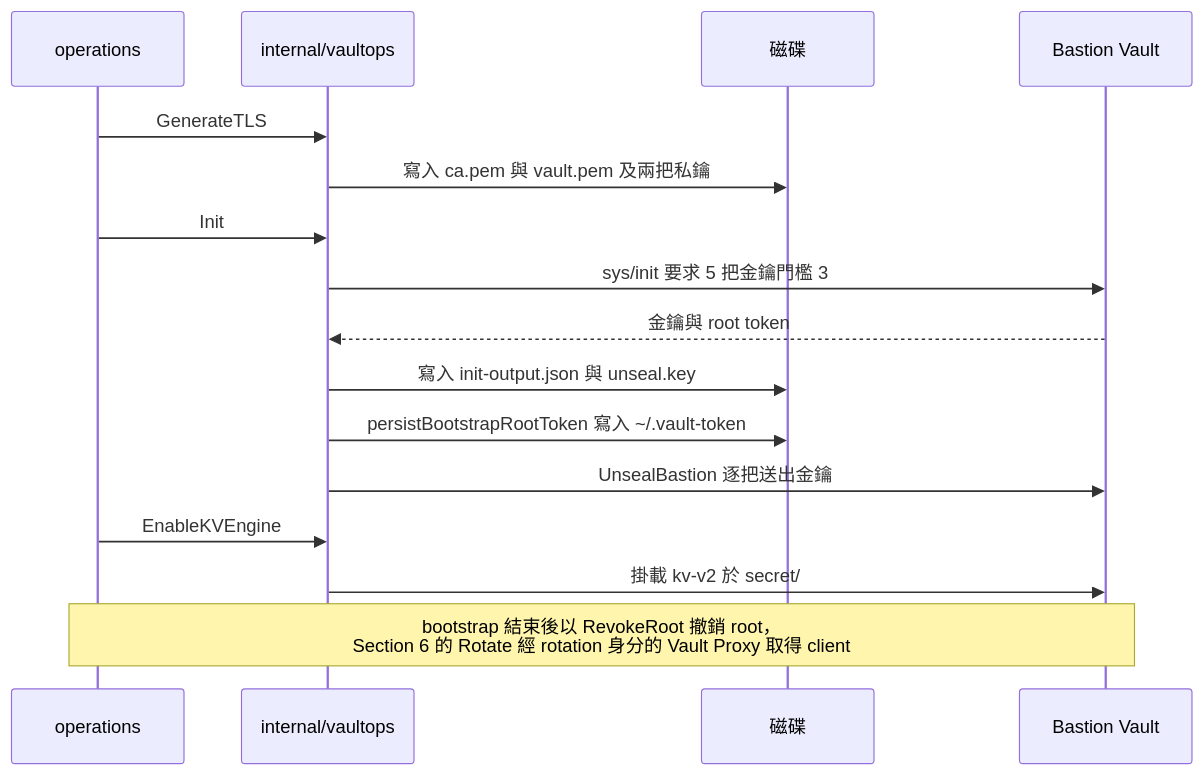
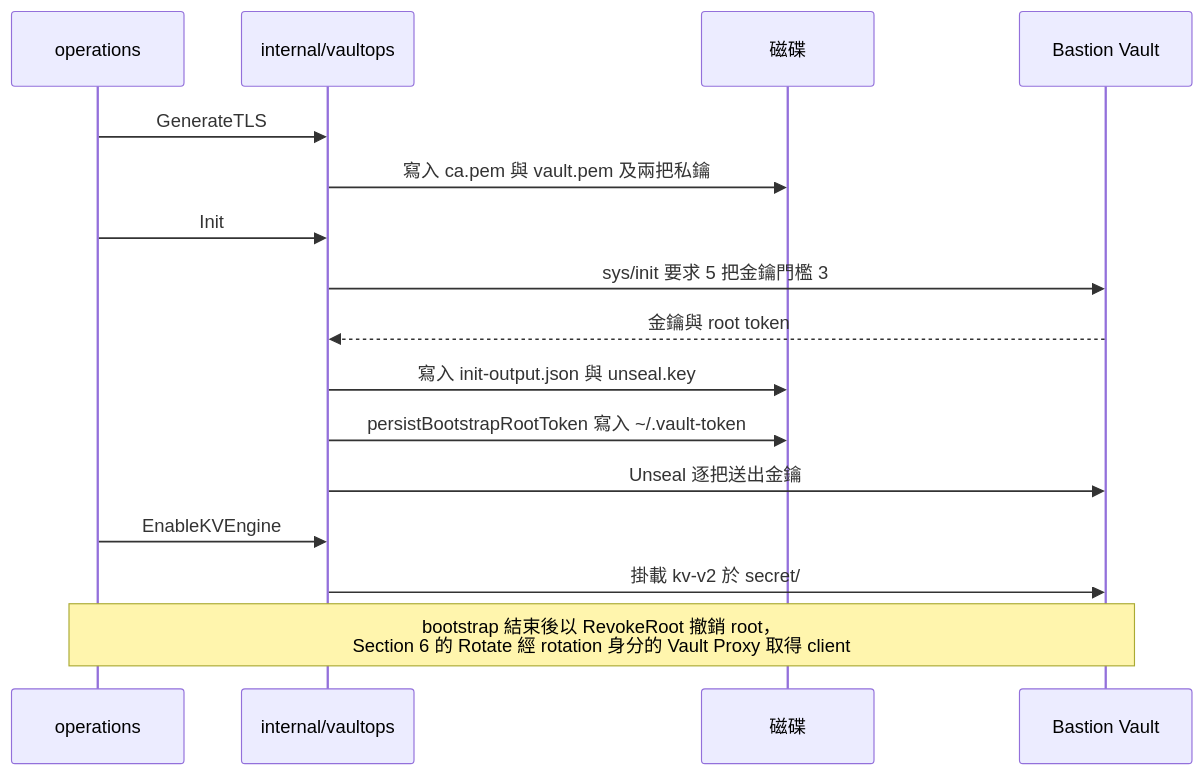
Before and after one commit to csning1998/parent-group-governance: the third of 3 diagrams in tools/governance/README.md, drawn with Mermaid. The commit also changed other lines of this file, not shown here.

````diff
--- a/tools/governance/README.md
+++ b/tools/governance/README.md
@@ -620,22 +637,22 @@
 ```mermaid
 sequenceDiagram
     participant Op as operations
     participant VaultOps as internal/vaultops
     participant Disk as 磁碟
     participant Vault as Bastion Vault
 
     Op->>VaultOps: GenerateTLS
     VaultOps->>Disk: 寫入 ca.pem 與 vault.pem 及兩把私鑰
 
     Op->>VaultOps: Init
     VaultOps->>Vault: sys/init 要求 5 把金鑰門檻 3
     Vault-->>VaultOps: 金鑰與 root token
     VaultOps->>Disk: 寫入 init-output.json 與 unseal.key
     VaultOps->>Disk: persistBootstrapRootToken 寫入 ~/.vault-token
-    VaultOps->>Vault: UnsealBastion 逐把送出金鑰
+    VaultOps->>Vault: Unseal 逐把送出金鑰
 
     Op->>VaultOps: EnableKVEngine
     VaultOps->>Vault: 掛載 kv-v2 於 secret/
 
     Note over Op,Vault: bootstrap 結束後以 RevokeRoot 撤銷 root，<br/>Section 6 的 Rotate 經 rotation 身分的 Vault Proxy 取得 client
 ```
````
